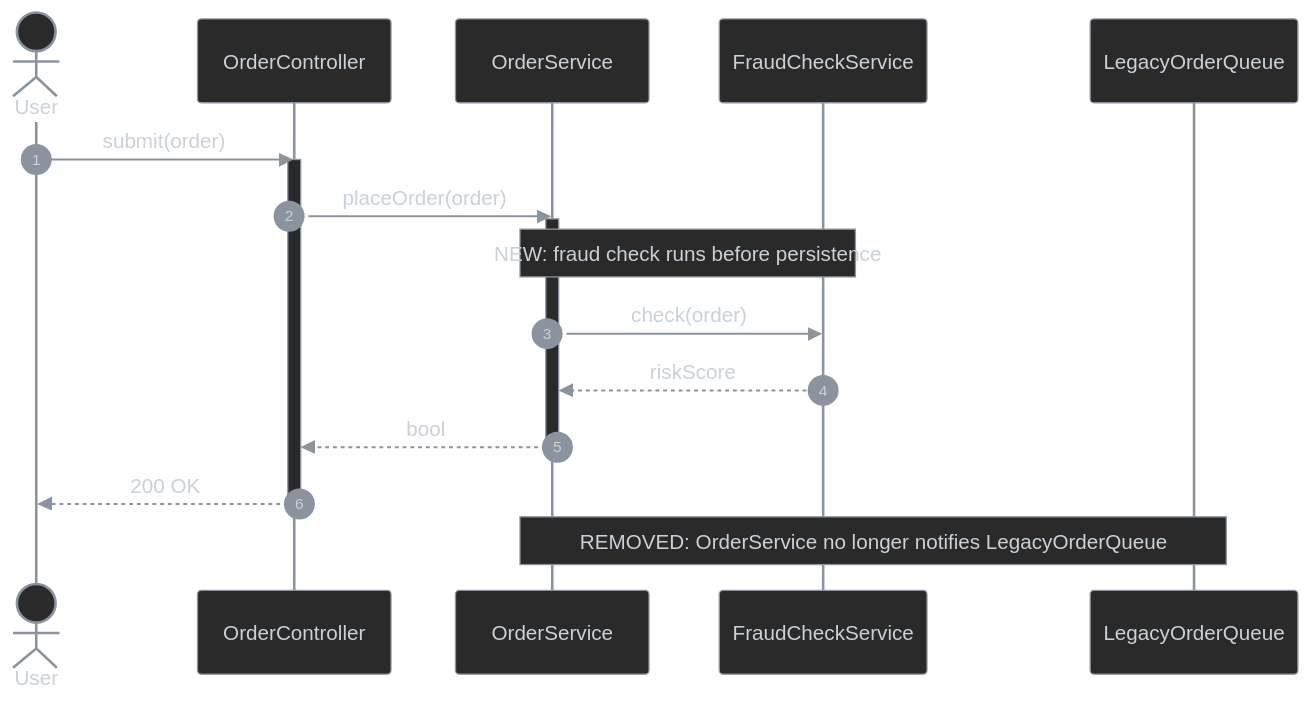
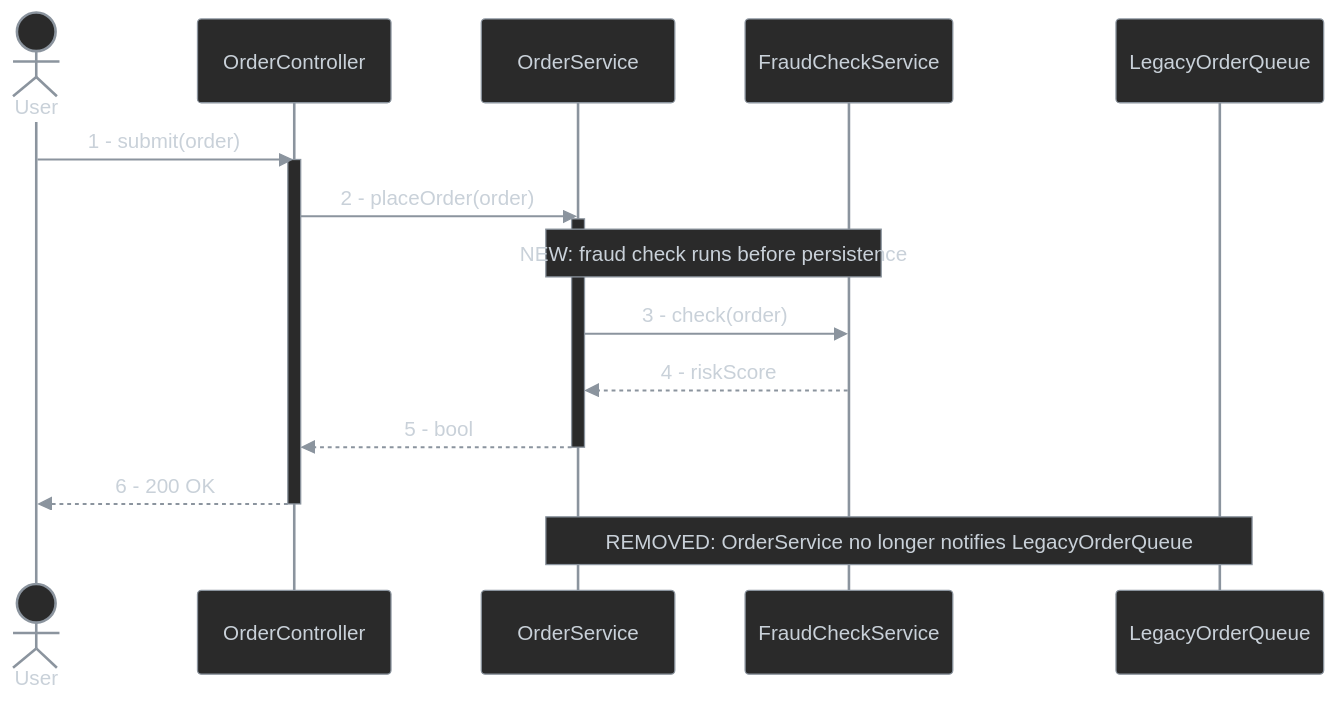
Before and after one commit to antshc/brain: the eighth of 8 diagrams in plugins/wf/skills/doc-behavior-diagram/README.md, drawn with Mermaid. The commit also changed other lines of this file, not shown here.

Commit message:
Update behavior diagram examples with hierarchical step numbering for clarity

````diff
--- a/plugins/wf/skills/doc-behavior-diagram/README.md
+++ b/plugins/wf/skills/doc-behavior-diagram/README.md
@@ -280,34 +281,32 @@
 ```mermaid
 %%{init: {'themeVariables': {
     'lineColor': '#8b949e',
     'actorBkg': '#2a2a2a', 'actorBorder': '#8b949e', 'actorTextColor': '#c9d1d9', 'actorLineColor': '#8b949e',
     'signalColor': '#8b949e', 'signalTextColor': '#c9d1d9',
     'labelBoxBkgColor': '#2a2a2a', 'labelBoxBorderColor': '#8b949e', 'labelTextColor': '#c9d1d9',
     'loopTextColor': '#c9d1d9',
     'noteBkgColor': '#2a2a2a', 'noteBorderColor': '#8b949e', 'noteTextColor': '#c9d1d9',
-    'activationBorderColor': '#8b949e', 'activationBkgColor': '#2a2a2a',
-    'sequenceNumberColor': '#c9d1d9'
+    'activationBorderColor': '#8b949e', 'activationBkgColor': '#2a2a2a'
 }}}%%
 %% diagram-id: order-submission-sequence-delta
 sequenceDiagram
-    autonumber
     actor User
     participant Api as OrderController
     participant Svc as OrderService
     participant Fraud as FraudCheckService
     participant Legacy as LegacyOrderQueue
 
-    User->>Api: submit(order)
+    User->>Api: 1 - submit(order)
     activate Api
-    Api->>Svc: placeOrder(order)
+    Api->>Svc: 2 - placeOrder(order)
     activate Svc
     note over Svc,Fraud: NEW: fraud check runs before persistence
-    Svc->>Fraud: check(order)
-    Fraud-->>Svc: riskScore
-    Svc-->>Api: bool
+    Svc->>Fraud: 3 - check(order)
+    Fraud-->>Svc: 4 - riskScore
+    Svc-->>Api: 5 - bool
     deactivate Svc
-    Api-->>User: 200 OK
+    Api-->>User: 6 - 200 OK
     deactivate Api
 
     note over Svc,Legacy: REMOVED: OrderService no longer notifies LegacyOrderQueue
 ```
````
